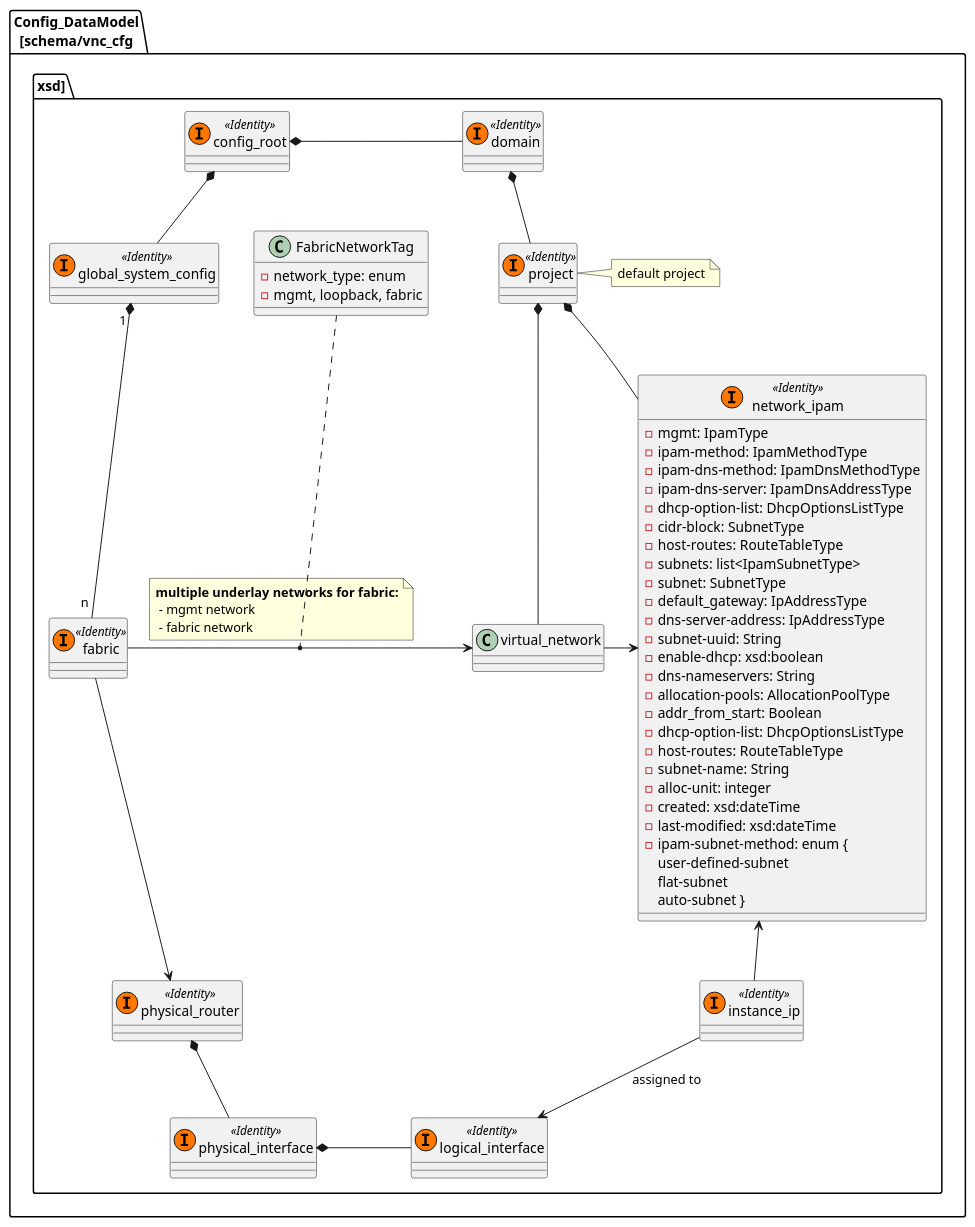
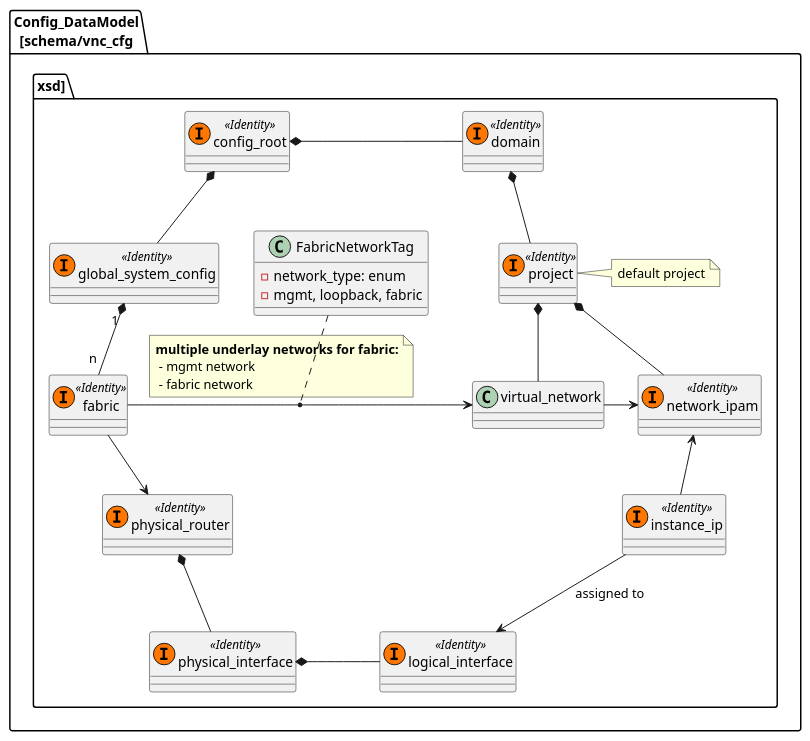
Before and after one commit to jnpr-tjiang/cfm-data-model: the diagram in 5.0.1-data-model/ipam.puml, drawn with PlantUML. The commit also changed 2 other files, not shown here.

```diff
--- a/5.0.1-data-model/ipam.puml
+++ b/5.0.1-data-model/ipam.puml
@@ -1,96 +1,96 @@
 @startuml
 package Config_DataModel\n[schema/vnc_cfg.xsd] {
 
     class config_root << (I, #FF7700) Identity>> {
     }
 
     class domain << (I, #FF7700) Identity>> {
     }
 
     class project << (I, #FF7700) Identity>> {
     }
     note right
     default project
     end note
 
     class global_system_config << (I, #FF7700) Identity>> {
     }
 
     class fabric << (I, #FF7700) Identity>> {
     }
 
     class instance_ip << (I, #FF7700) Identity>> {
     }
 
     class network_ipam << (I, #FF7700) Identity>> {
-        - mgmt: IpamType
-          - ipam-method: IpamMethodType
-          - ipam-dns-method: IpamDnsMethodType
-          - ipam-dns-server: IpamDnsAddressType
-          - dhcp-option-list: DhcpOptionsListType
-          - cidr-block: SubnetType
-          - host-routes: RouteTableType
-        - subnets: list<IpamSubnetType>
-          - subnet: SubnetType
-          - default_gateway: IpAddressType
-          - dns-server-address: IpAddressType
-          - subnet-uuid: String
-          - enable-dhcp: xsd:boolean
-          - dns-nameservers: String
-          - allocation-pools: AllocationPoolType
-          - addr_from_start: Boolean
-          - dhcp-option-list: DhcpOptionsListType
-          - host-routes: RouteTableType
-          - subnet-name: String
-          - alloc-unit: integer
-          - created: xsd:dateTime
-          - last-modified: xsd:dateTime
-        - ipam-subnet-method: enum {
-            user-defined-subnet
-            flat-subnet
-            auto-subnet }
+'        - mgmt: IpamType
+'          - ipam-method: IpamMethodType
+'          - ipam-dns-method: IpamDnsMethodType
+'          - ipam-dns-server: IpamDnsAddressType
+'          - dhcp-option-list: DhcpOptionsListType
+'          - cidr-block: SubnetType
+'          - host-routes: RouteTableType
+'        - subnets: list<IpamSubnetType>
+'          - subnet: SubnetType
+'          - default_gateway: IpAddressType
+'          - dns-server-address: IpAddressType
+'          - subnet-uuid: String
+'          - enable-dhcp: xsd:boolean
+'          - dns-nameservers: String
+'          - allocation-pools: AllocationPoolType
+'          - addr_from_start: Boolean
+'          - dhcp-option-list: DhcpOptionsListType
+'          - host-routes: RouteTableType
+'          - subnet-name: String
+'          - alloc-unit: integer
+'          - created: xsd:dateTime
+'          - last-modified: xsd:dateTime
+'        - ipam-subnet-method: enum {
+'            user-defined-subnet
+'            flat-subnet
+'            auto-subnet }
     }
 
     class physical_router << (I, #FF7700) Identity>> {
     }
 
     class physical_interface << (I, #FF7700) Identity>> {
     }
 
     class logical_interface << (I, #FF7700) Identity>> {
     }
 
     class FabricNetworkTag {
        - network_type: enum
            - mgmt, loopback, fabric
     }
 
 config_root *-- global_system_config
 config_root *- domain
 domain *-- project
 project *-- network_ipam
 project *-- virtual_network
 global_system_config "1 " *-- "n " fabric
 
 network_ipam <-- instance_ip
 virtual_network -> network_ipam
 fabric -> virtual_network
 note on link
 <b>multiple underlay networks for fabric:
  - mgmt network
  - fabric network
 end note
 
 fabric --> physical_router
 physical_router *-- physical_interface
 physical_interface *- logical_interface
 
 instance_ip --> logical_interface: assigned to
 
 
 'global_system_config *--- virtual_router
 'virtual_router --> network_ipam
 FabricNetworkTag..(fabric, virtual_network)
 }
 
 @enduml
```
